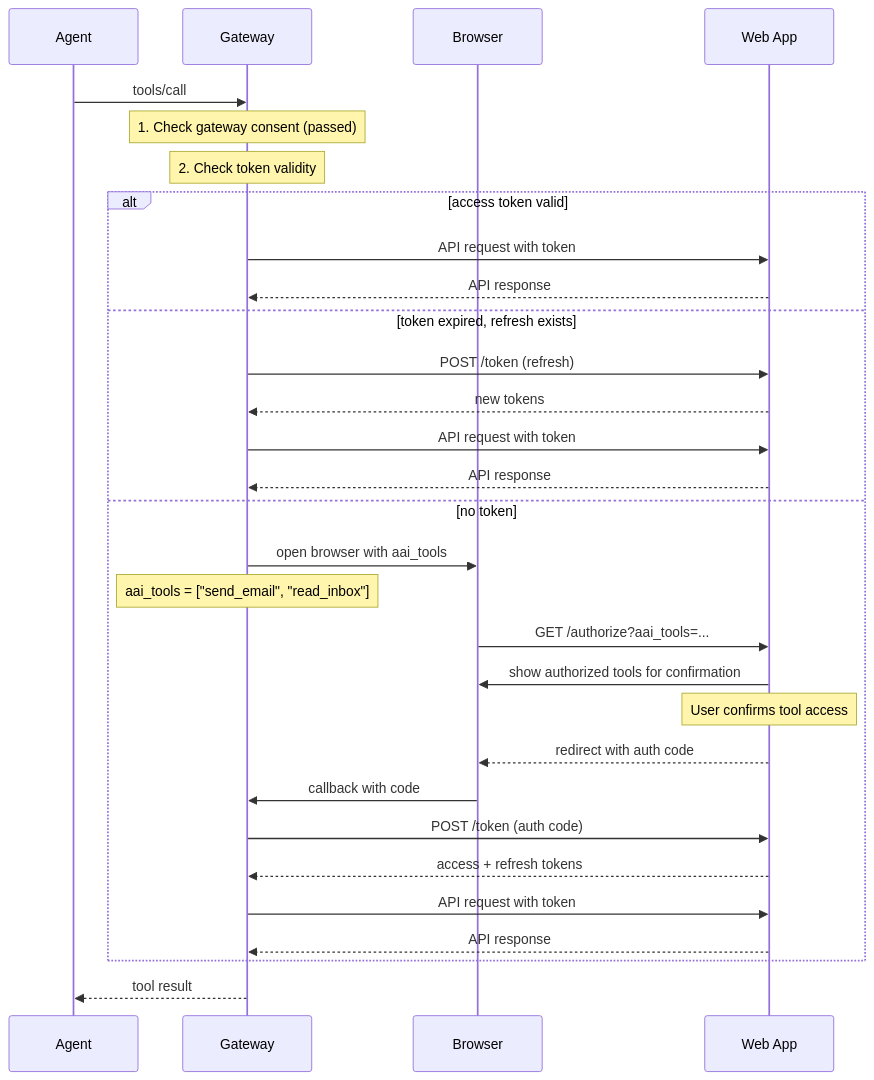
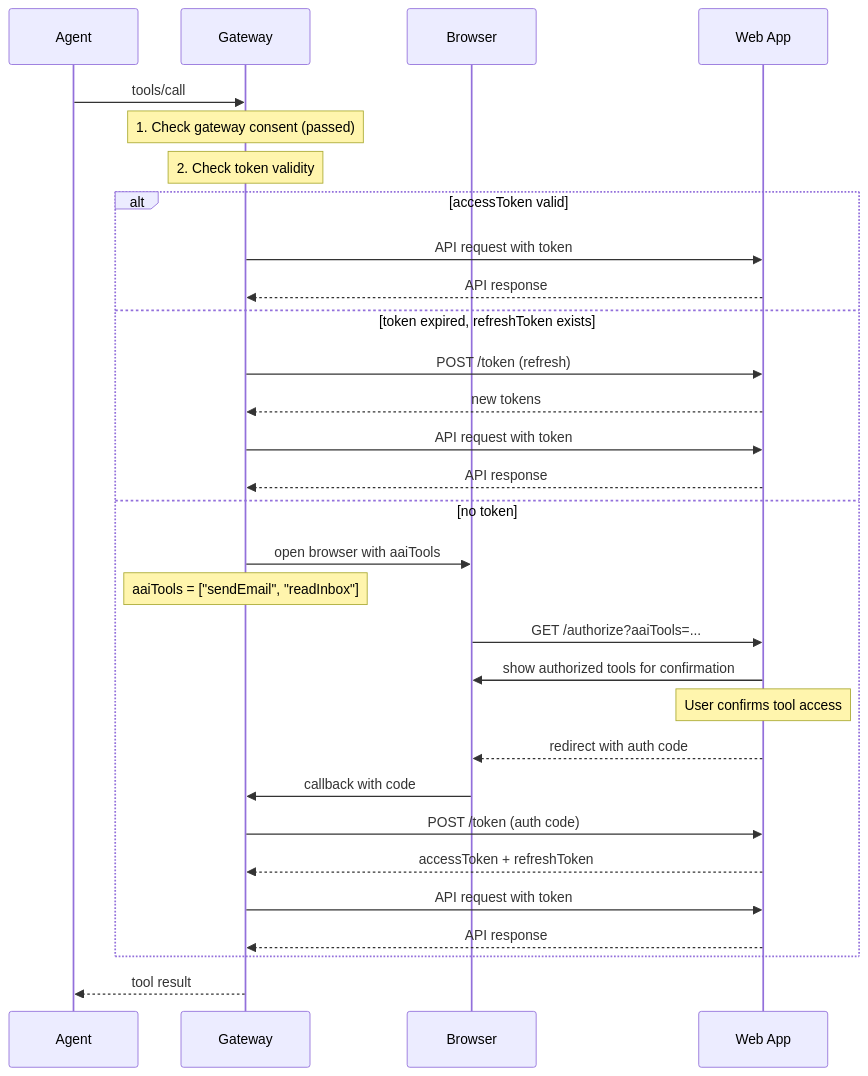
Before and after one commit to gybob/aai-protocol: the second of 5 diagrams in spec/security.md, drawn with Mermaid. The commit also changed other lines of this file, not shown here.

````diff
--- a/spec/security.md
+++ b/spec/security.md
@@ -270,36 +293,36 @@
 ```mermaid
 sequenceDiagram
     participant A as Agent
     participant G as Gateway
     participant B as Browser
     participant W as Web App
-    
+
     A->>G: tools/call
-    
+
     Note over G: 1. Check gateway consent (passed)
     Note over G: 2. Check token validity
-    
-    alt access token valid
+
+    alt accessToken valid
         G->>W: API request with token
         W-->>G: API response
-    else token expired, refresh exists
+    else token expired, refreshToken exists
         G->>W: POST /token (refresh)
         W-->>G: new tokens
         G->>W: API request with token
         W-->>G: API response
     else no token
-        G->>B: open browser with aai_tools
-        Note over G: aai_tools = ["send_email", "read_inbox"]
-        B->>W: GET /authorize?aai_tools=...
+        G->>B: open browser with aaiTools
+        Note over G: aaiTools = ["sendEmail", "readInbox"]
+        B->>W: GET /authorize?aaiTools=...
         W->>B: show authorized tools for confirmation
         Note over W: User confirms tool access
         W-->>B: redirect with auth code
         B->>G: callback with code
         G->>W: POST /token (auth code)
-        W-->>G: access + refresh tokens
+        W-->>G: accessToken + refreshToken
         G->>W: API request with token
         W-->>G: API response
     end
-    
+
     G-->>A: tool result
 ```
````
